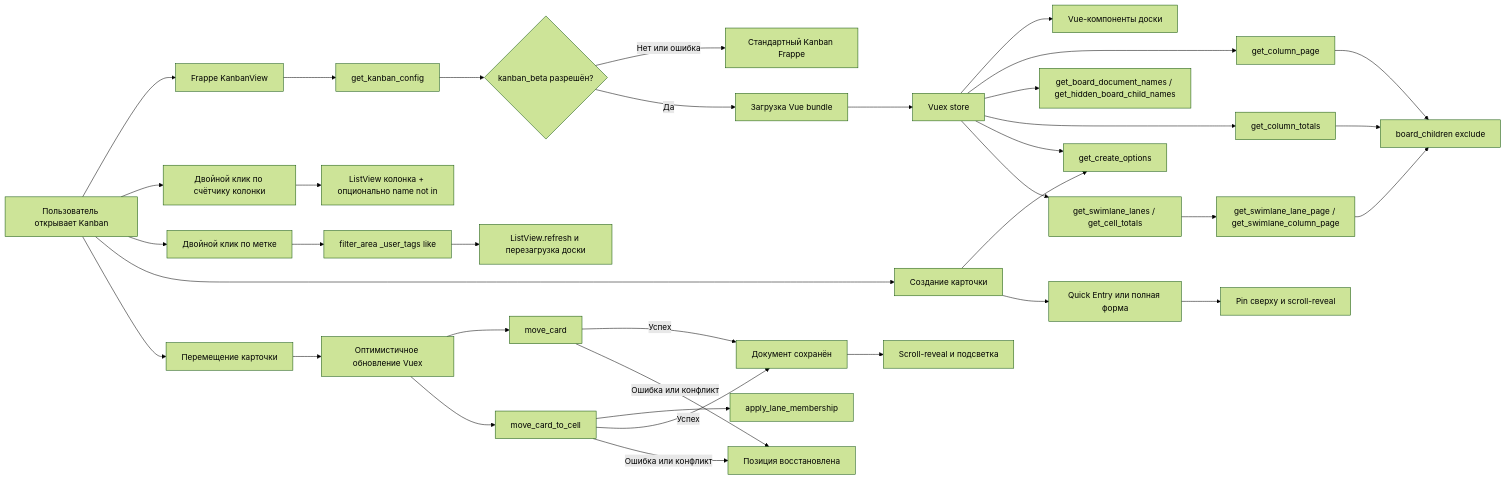
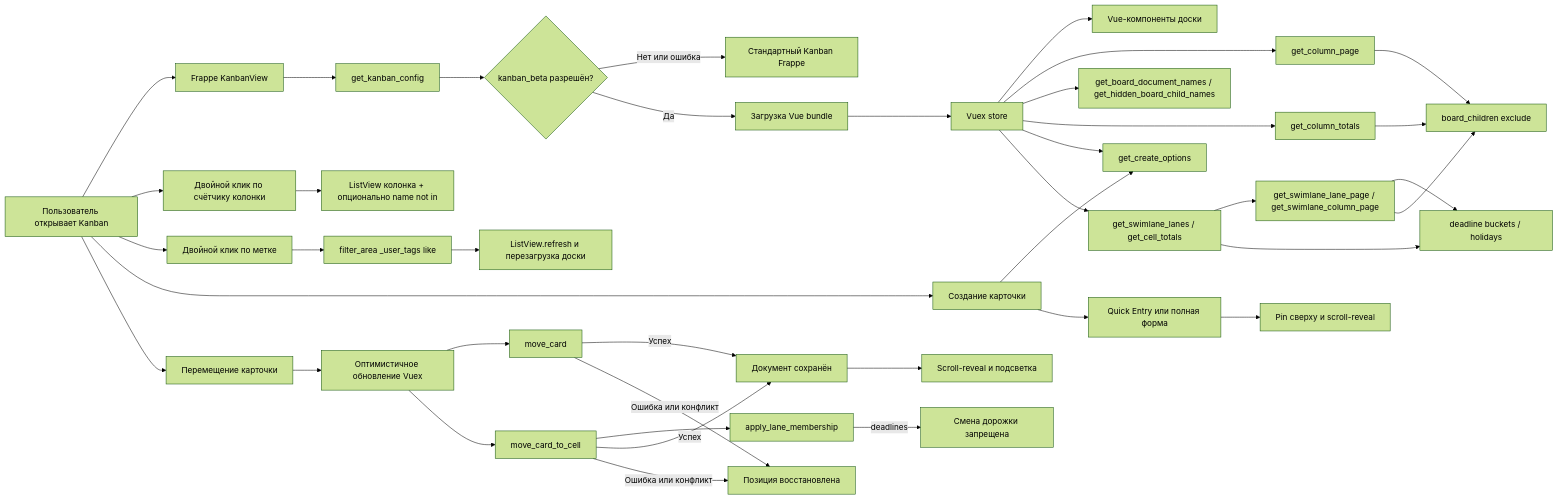
One commit to Dinext-pro/dinext_kanban changed the diagram in README.md. Above: the diagram before and after it, drawn with Mermaid (forest theme). The commit also changed other lines of this file and 31 other files, not shown here.

Commit message:
feat: implement deadline tracking functionality in Kanban board; add visual indicators for overdue and attention deadlines, enhance swimlane grouping by deadlines, and update related tests for improved task management experience

````diff
--- a/README.md
+++ b/README.md
@@ -609,38 +654,41 @@
 ```mermaid
 flowchart LR
     User[Пользователь открывает Kanban] --> Native[Frappe KanbanView]
     Native --> Config[get_kanban_config]
     Config --> Decision{kanban_beta разрешён?}
     Decision -->|Нет или ошибка| Standard[Стандартный Kanban Frappe]
     Decision -->|Да| Bundle[Загрузка Vue bundle]
     Bundle --> Store[Vuex store]
     Store --> Board[Vue-компоненты доски]
     Store --> ColumnPage[get_column_page]
     Store --> BoardNames[get_board_document_names / get_hidden_board_child_names]
     Store --> Totals[get_column_totals]
     Store --> CreateOpts[get_create_options]
     Store --> SwimLanes[get_swimlane_lanes / get_cell_totals]
     SwimLanes --> CellPage[get_swimlane_lane_page / get_swimlane_column_page]
+    SwimLanes --> Deadlines[deadline buckets / holidays]
+    CellPage --> Deadlines
     ColumnPage --> BoardChildren[board_children exclude]
     CellPage --> BoardChildren
     Totals --> BoardChildren
     User --> ListNav[Двойной клик по счётчику колонки]
     ListNav --> ListView[ListView колонка + опционально name not in]
     User --> TagFilter[Двойной клик по метке]
     TagFilter --> FilterArea[filter_area _user_tags like]
     FilterArea --> Refresh[ListView.refresh и перезагрузка доски]
     User --> Create[Создание карточки]
     Create --> CreateOpts
     Create --> FormUI[Quick Entry или полная форма]
     FormUI --> RevealCreate[Pin сверху и scroll-reveal]
     User --> Move[Перемещение карточки]
     Move --> Optimistic[Оптимистичное обновление Vuex]
     Optimistic --> MoveAPI[move_card]
     Optimistic --> CellAPI[move_card_to_cell]
     CellAPI --> LaneMem[apply_lane_membership]
+    LaneMem -->|deadlines| LaneBlocked[Смена дорожки запрещена]
     MoveAPI -->|Успех| Saved[Документ сохранён]
     CellAPI -->|Успех| Saved
     MoveAPI -->|Ошибка или конфликт| Rollback[Позиция восстановлена]
     CellAPI -->|Ошибка или конфликт| Rollback
     Saved --> RevealMove[Scroll-reveal и подсветка]
 ```
````
